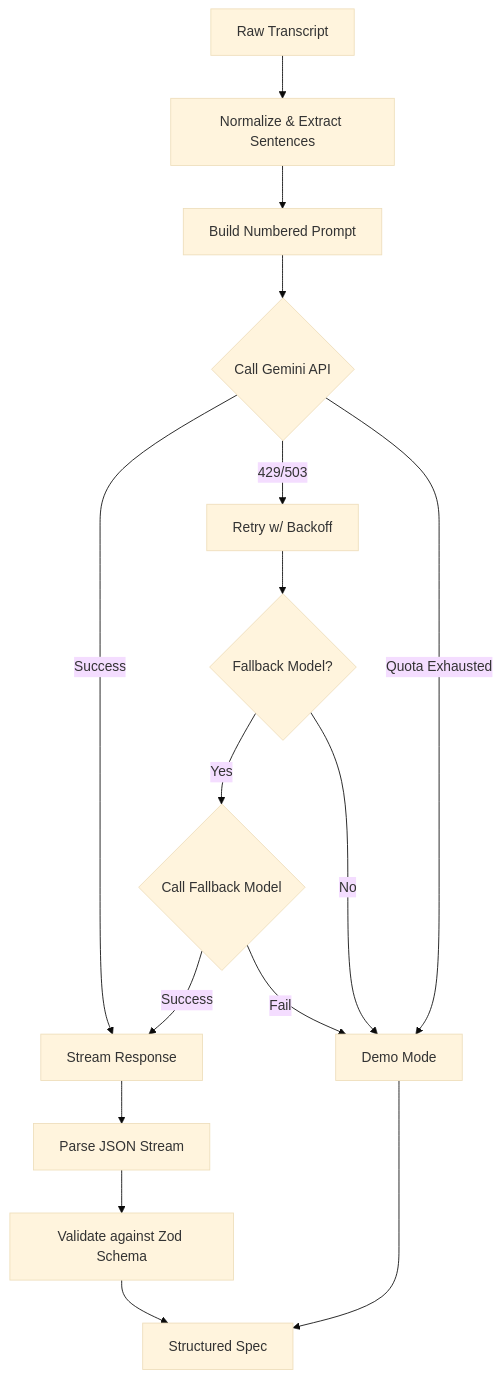
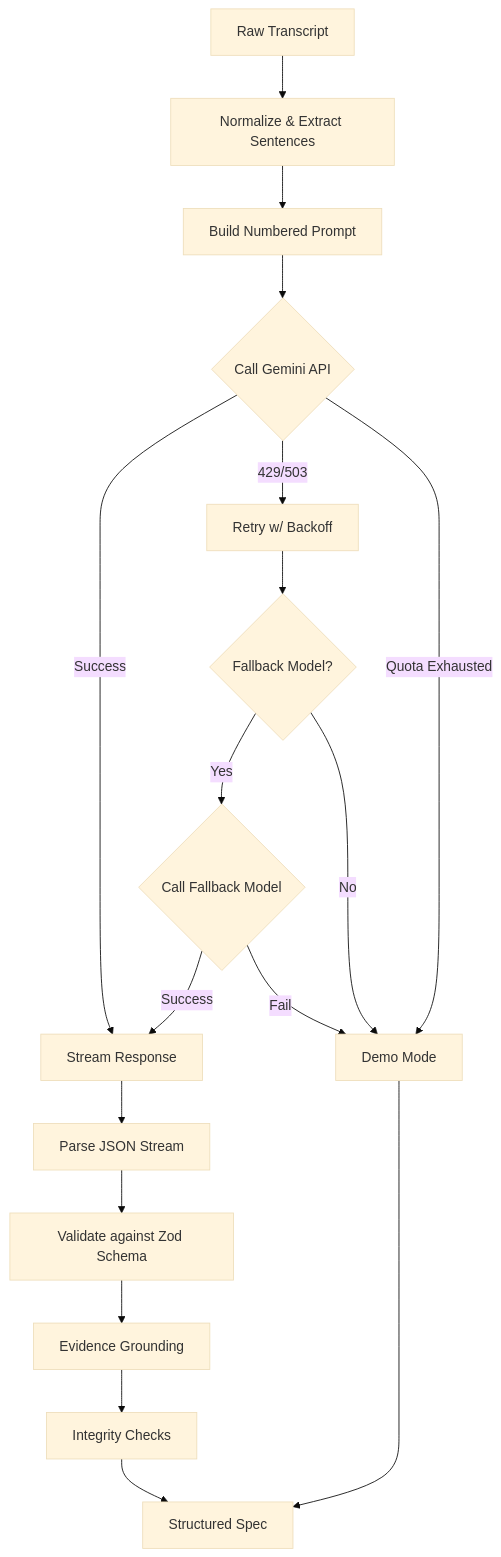
One commit to mandavavasanth/VoiceSpec changed the second of 2 diagrams in README.md. Above: the diagram before and after it, drawn with Mermaid (base theme). The commit also changed other lines of this file, not shown here.

````diff
--- a/README.md
+++ b/README.md
@@ -47,18 +47,20 @@
 ```mermaid
 graph TD
     Input[Raw Transcript] --> Normalize[Normalize & Extract Sentences]
     Normalize --> Prompt[Build Numbered Prompt]
     Prompt --> GeminiCall{Call Gemini API}
     GeminiCall -->|Success| Stream[Stream Response]
     GeminiCall -->|429/503| Retry[Retry w/ Backoff]
     Retry --> FallbackModel{Fallback Model?}
     FallbackModel -->|Yes| GeminiCall2{Call Fallback Model}
     FallbackModel -->|No| Demo[Demo Mode]
     GeminiCall2 -->|Success| Stream
     GeminiCall2 -->|Fail| Demo
     GeminiCall -->|Quota Exhausted| Demo
     Stream --> Parse[Parse JSON Stream]
     Parse --> Validate[Validate against Zod Schema]
-    Validate --> Output[Structured Spec]
+    Validate --> Evidence[Evidence Grounding]
+    Evidence --> Integrity[Integrity Checks]
+    Integrity --> Output[Structured Spec]
     Demo --> Output
 ```
````
